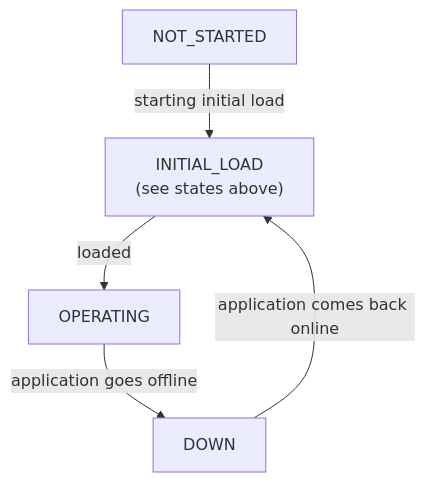
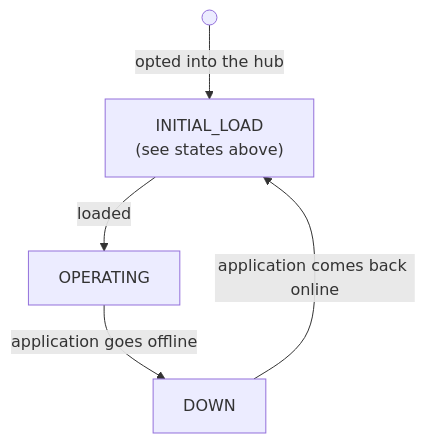
The third of 3 diagrams in architecture/06-initial-load.md (DKE-Data/masterdata-sync-working-group), drawn with Mermaid before and after one commit. The commit also changed other lines of this file and 2 other files, not shown here.

Commit message:
Update initial load

````diff
--- a/architecture/06-initial-load.md
+++ b/architecture/06-initial-load.md
@@ -144,13 +157,13 @@
 ```mermaid
 flowchart TB
-    NS["NOT_STARTED"]
+    START(( ))
     INITIAL_LOAD["INITIAL_LOAD<br/> (see states above)"]
     OPERATING["OPERATING"]
     DOWN["DOWN"]
-    NS -->|"starting initial load"| INITIAL_LOAD
+    START -->|"opted into the hub"| INITIAL_LOAD
     INITIAL_LOAD -->|"loaded"| OPERATING
     OPERATING -->|"application goes offline"| DOWN
     DOWN -->|"application comes back online"| INITIAL_LOAD
     %% ceasg:{"id":"un5r0wx1"} %%
-    %% mermaid-flow:pos NS=424,105 INITIAL_LOAD=134,176 OPERATING=410,277 DOWN=135,368
+    %% mermaid-flow:pos START=424,105 INITIAL_LOAD=134,176 OPERATING=410,277 DOWN=135,368
 ```
````
